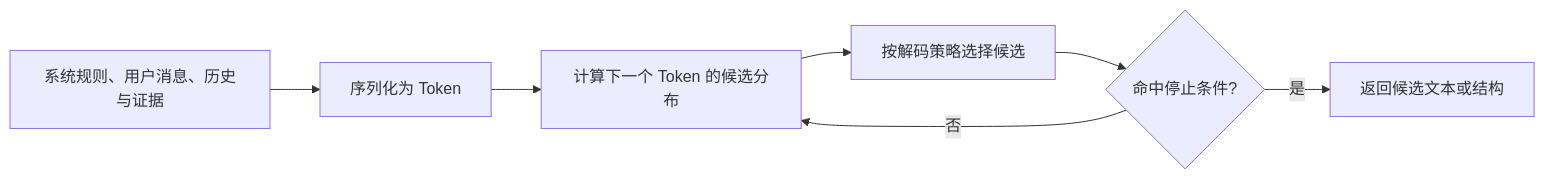
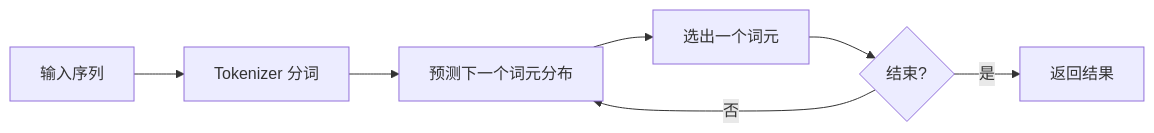
One commit to upJiang/jiang-blog-vitepress changed the first of 5 diagrams in docs/ai-agent/llm-workflow-rag-agent.md. Above: the diagram before and after it, drawn with Mermaid. The commit also changed other lines of this file and 54 other files, not shown here.

````diff
--- a/docs/ai-agent/llm-workflow-rag-agent.md
+++ b/docs/ai-agent/llm-workflow-rag-agent.md
@@ -128,9 +52,9 @@
 ```mermaid
 flowchart LR
-  A[系统规则、用户消息、历史与证据] --> B[序列化为 Token]
-  B --> C[计算下一个 Token 的候选分布]
-  C --> D[按解码策略选择候选]
-  D --> E{命中停止条件?}
-  E -- 否 --> C
-  E -- 是 --> F[返回候选文本或结构]
+    A[输入序列] --> B[Tokenizer 分词]
+    B --> C[预测下一个词元分布]
+    C --> D[选出一个词元]
+    D --> E{结束?}
+    E -- 否 --> C
+    E -- 是 --> F[返回结果]
 ```
````
